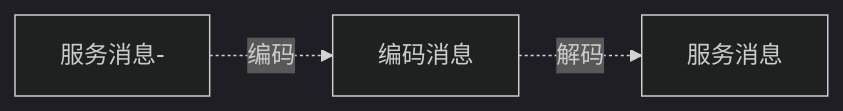
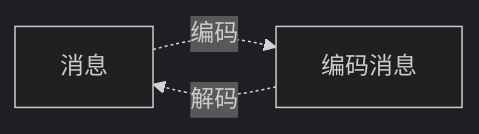
One commit to Astronaut-X-X/my-notes changed the second of 3 diagrams in docs/microserver/basic-knowledge.md. Above: the diagram before and after it, drawn with Mermaid (dark theme). The commit also changed other lines of this file and 2 other files, not shown here.

````diff
--- a/docs/microserver/basic-knowledge.md
+++ b/docs/microserver/basic-knowledge.md
@@ -54,4 +60,4 @@
 ```mermaid
 flowchart LR
-    服务消息- -. 编码 .-> 编码消息 -. 解码 .-> 服务消息
+    消息 -. 编码 .-> 编码消息 -. 解码 .-> 消息
 ```
````
